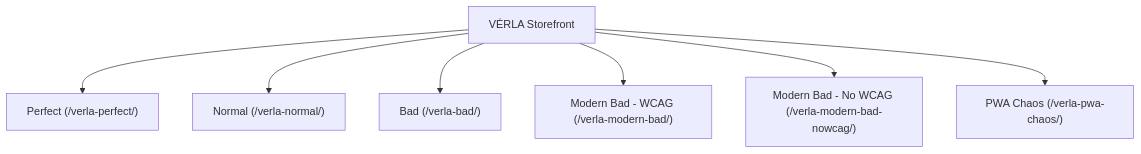
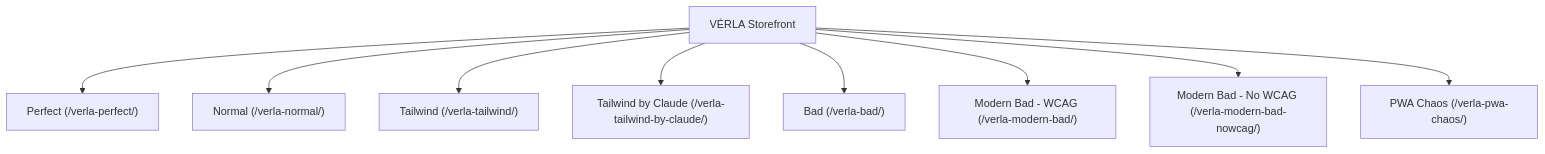
One commit to Xceptance/neodymium changed the diagram in doc/VERLA_DEMO_STORE.md. Above: the diagram before and after it, drawn with Mermaid. The commit also changed other lines of this file and 41 other files, not shown here.

First line of the commit message:
feat(verla): add utility-first verla-tailwind-by-claude SUT variant

````diff
--- a/doc/VERLA_DEMO_STORE.md
+++ b/doc/VERLA_DEMO_STORE.md
@@ -13,9 +13,11 @@
 ```mermaid
 graph TD
     A[VÉRLA Storefront] --> B["Perfect (/verla-perfect/)"]
     A --> C["Normal (/verla-normal/)"]
-    A --> D["Bad (/verla-bad/)"]
-    A --> E["Modern Bad - WCAG (/verla-modern-bad/)"]
-    A --> F["Modern Bad - No WCAG (/verla-modern-bad-nowcag/)"]
-    A --> G["PWA Chaos (/verla-pwa-chaos/)"]
+    A --> D["Tailwind (/verla-tailwind/)"]
+    A --> D2["Tailwind by Claude (/verla-tailwind-by-claude/)"]
+    A --> E["Bad (/verla-bad/)"]
+    A --> F["Modern Bad - WCAG (/verla-modern-bad/)"]
+    A --> G["Modern Bad - No WCAG (/verla-modern-bad-nowcag/)"]
+    A --> H["PWA Chaos (/verla-pwa-chaos/)"]
 ```
````
